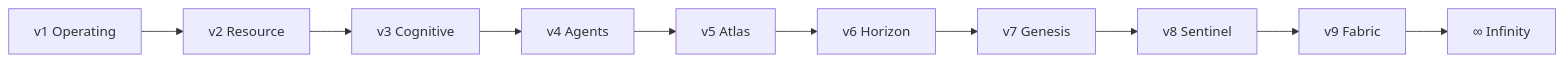
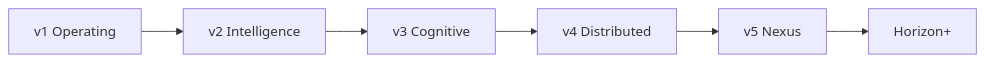
Before and after one commit to ShouryaVeggalam/AetherOS: the second of 2 diagrams in docs/architecture.md, drawn with Mermaid. The commit also changed other lines of this file and 31 other files, not shown here.

````diff
--- a/docs/architecture.md
+++ b/docs/architecture.md
@@ -36,12 +47,8 @@
 ```mermaid
 flowchart LR
-    V1[v1 Operating] --> V2[v2 Resource]
+    V1[v1 Operating] --> V2[v2 Intelligence]
     V2 --> V3[v3 Cognitive]
-    V3 --> V4[v4 Agents]
-    V4 --> V5[v5 Atlas]
-    V5 --> V6[v6 Horizon]
-    V6 --> V7[v7 Genesis]
-    V7 --> V8[v8 Sentinel]
-    V8 --> V9[v9 Fabric]
-    V9 --> INF[∞ Infinity]
+    V3 --> V4[v4 Distributed]
+    V4 --> V5[v5 Nexus]
+    V5 --> HZ[Horizon+]
 ```
````
